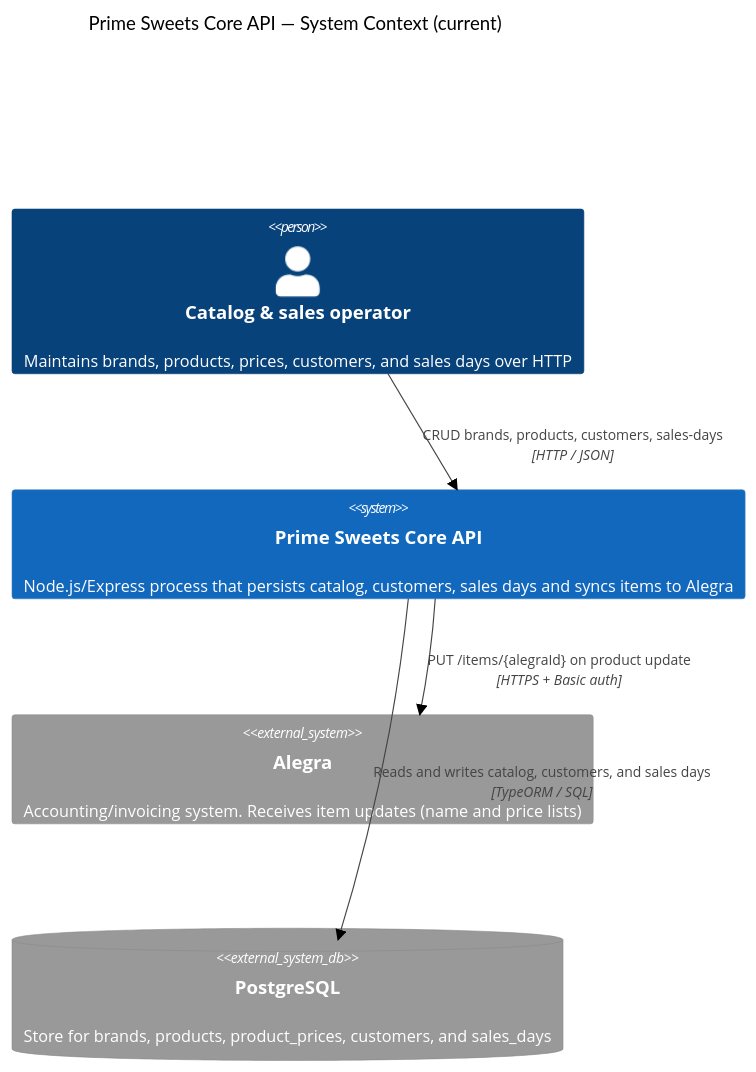
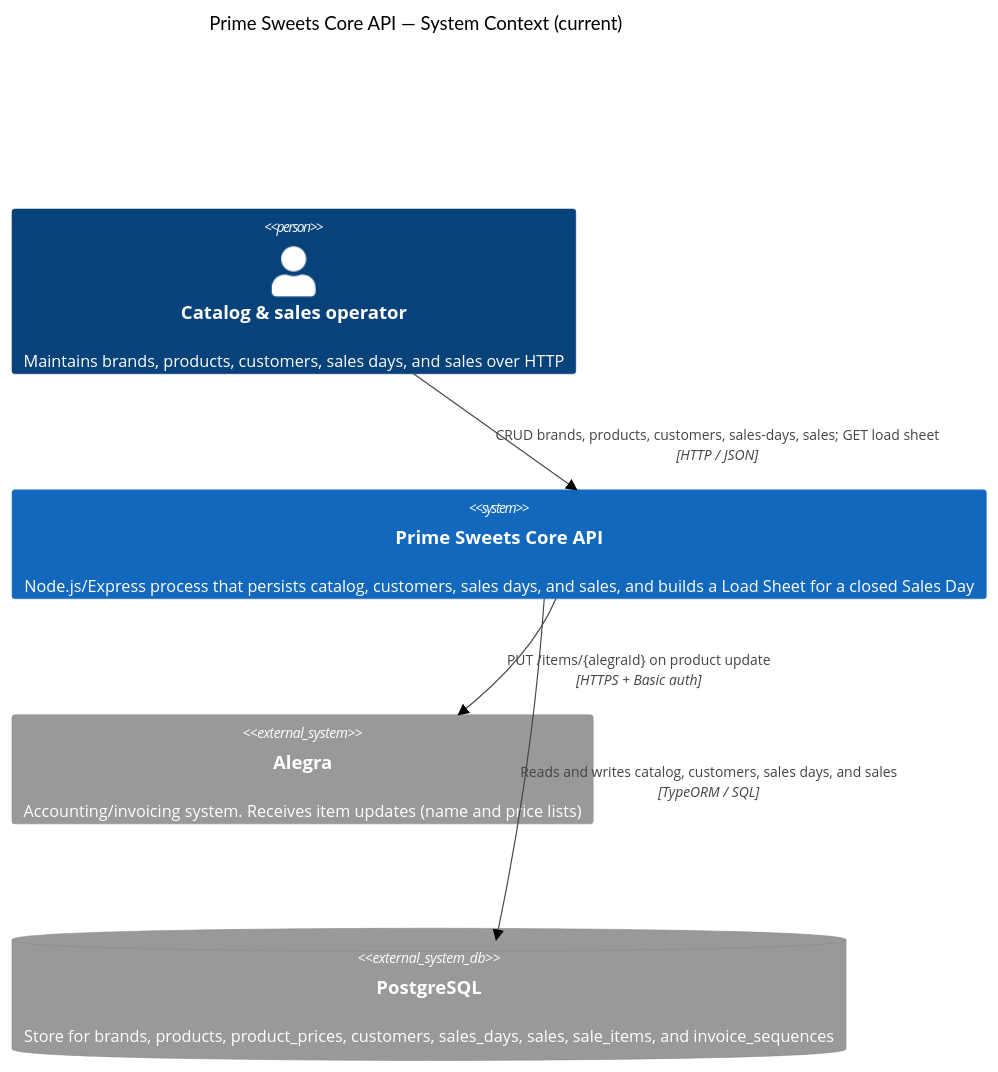
The diagram in docs/architecture/01-context.md (X01SERYO/prime-sweets-api), drawn with Mermaid (neutral theme) before and after one commit. The commit also changed other lines of this file and 32 other files, not shown here.

First line of the commit message:
feat: add load sheet generation for a closed sales day

````diff
--- a/docs/architecture/01-context.md
+++ b/docs/architecture/01-context.md
@@ -9,13 +9,13 @@
 ```mermaid
 C4Context
 title Prime Sweets Core API — System Context (current)
 
-Person(operator, "Catalog & sales operator", "Maintains brands, products, prices, customers, and sales days over HTTP")
-System(api, "Prime Sweets Core API", "Node.js/Express process that persists catalog, customers, sales days and syncs items to Alegra")
+Person(operator, "Catalog & sales operator", "Maintains brands, products, customers, sales days, and sales over HTTP")
+System(api, "Prime Sweets Core API", "Node.js/Express process that persists catalog, customers, sales days, and sales, and builds a Load Sheet for a closed Sales Day")
 System_Ext(alegra, "Alegra", "Accounting/invoicing system. Receives item updates (name and price lists)")
-SystemDb_Ext(postgres, "PostgreSQL", "Store for brands, products, product_prices, customers, and sales_days")
+SystemDb_Ext(postgres, "PostgreSQL", "Store for brands, products, product_prices, customers, sales_days, sales, sale_items, and invoice_sequences")
 
-Rel(operator, api, "CRUD brands, products, customers, sales-days", "HTTP / JSON")
-Rel(api, postgres, "Reads and writes catalog, customers, and sales days", "TypeORM / SQL")
+Rel(operator, api, "CRUD brands, products, customers, sales-days, sales; GET load sheet", "HTTP / JSON")
+Rel(api, postgres, "Reads and writes catalog, customers, sales days, and sales", "TypeORM / SQL")
 Rel(api, alegra, "PUT /items/{alegraId} on product update", "HTTPS + Basic auth")
 ```
````
